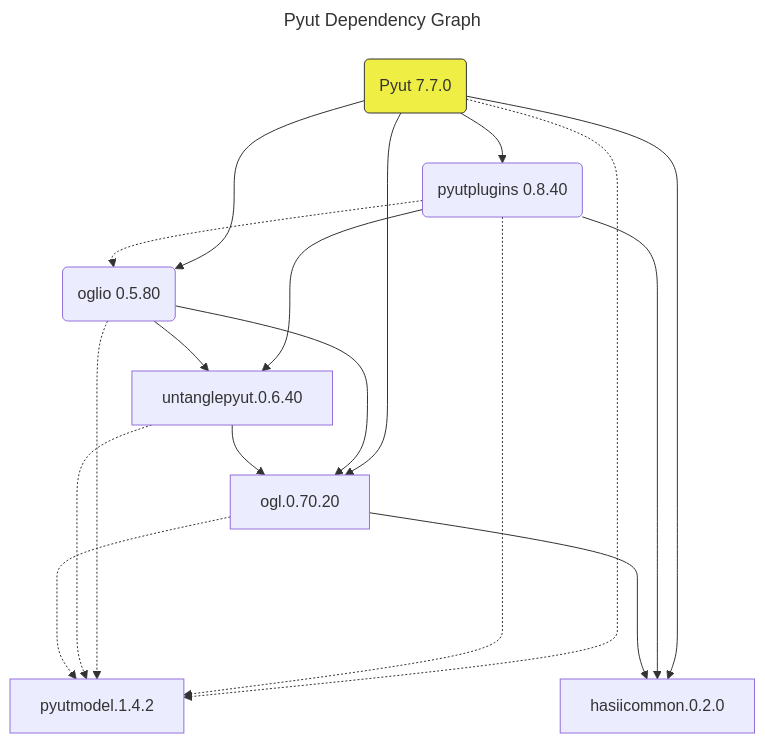
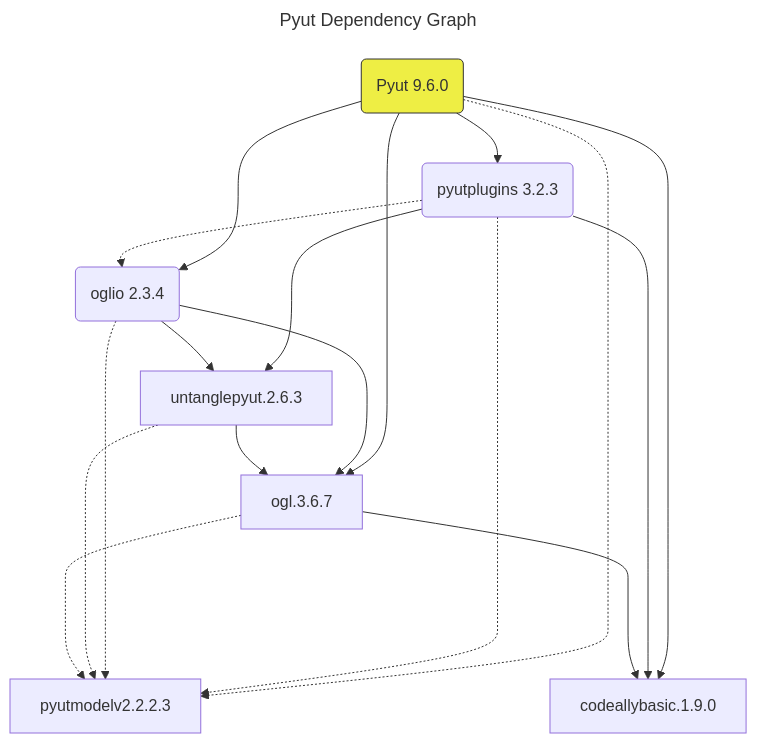
One commit to hasii2011/versionoverlord changed the diagram in README.md. Above: the diagram before and after it, drawn with Mermaid. The commit also changed other lines of this file and 9 other files, not shown here.

````diff
--- a/README.md
+++ b/README.md
@@ -13,21 +13,21 @@
 ```mermaid
 ---
 title: Pyut Dependency Graph
 ---
 flowchart
-	direction LR
+	direction RL
 	
-  pyut(Pyut 7.7.0) --> oglio(oglio 0.5.80)
-  pyut(Pyut 7.7.0) --> pyutplugins(pyutplugins 0.8.40)
+  pyut(Pyut 9.6.0) --> oglio(oglio 2.3.4)
+  pyut(Pyut 9.6.0) --> pyutplugins(pyutplugins 3.2.3)
   
-  pyutplugins(pyutplugins 0.8.40) -.-> oglio(oglio 0.5.80)
-  pyutplugins(pyutplugins 0.8.40) & oglio(oglio 0.5.80) --> untanglepyut.0.6.40
+  pyutplugins(pyutplugins 3.2.3) -.-> oglio(oglio 2.3.4)
+  pyutplugins(pyutplugins 3.2.3) & oglio(oglio 2.3.4) --> untanglepyut.2.6.3
 
-   pyut(Pyut 7.7.0) & oglio(oglio 0.5.80) & untanglepyut.0.6.40 --> ogl.0.70.20
+   pyut(Pyut 9.6.0) & oglio(oglio 2.3.4) & untanglepyut.2.6.3 --> ogl.3.6.7
    
-   pyut(Pyut 7.7.0) &  pyutplugins(pyutplugins 0.8.40) &  oglio(oglio 0.5.80) &  untanglepyut.0.6.40 &  ogl.0.70.20 -...-> pyutmodel.1.4.2
-   pyut(Pyut 7.7.0) & pyutplugins(pyutplugins 0.8.40) & ogl.0.70.20 ----> hasiicommon.0.2.0
+   pyut(Pyut 9.6.0) &  pyutplugins(pyutplugins 3.2.3) &  oglio(oglio 2.3.4) &  untanglepyut.2.6.3 &  ogl.3.6.7 -...-> pyutmodelv2.2.2.3
+   pyut(Pyut 9.6.0) & pyutplugins(pyutplugins 3.2.3) & ogl.3.6.7 ----> codeallybasic.1.9.0
 
     style pyut fill:#ee4,stroke:#333,stroke-width:
     %% linkStyle 1 stroke:#ff3,stroke-width:4px,color:red;
 ```
````
